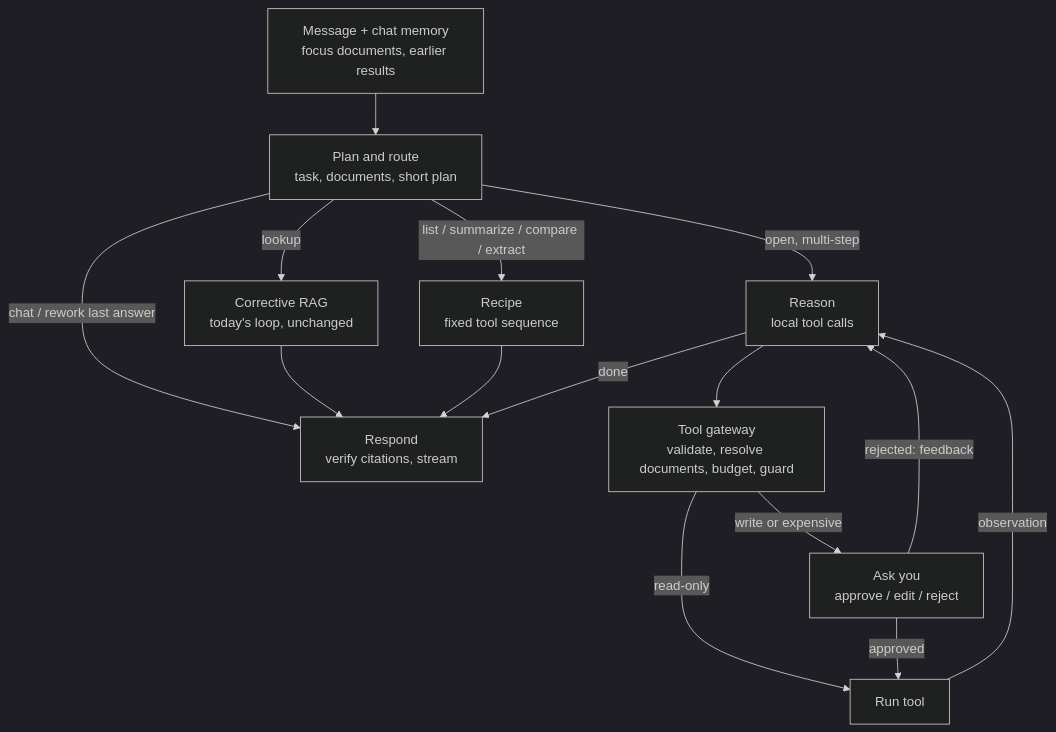
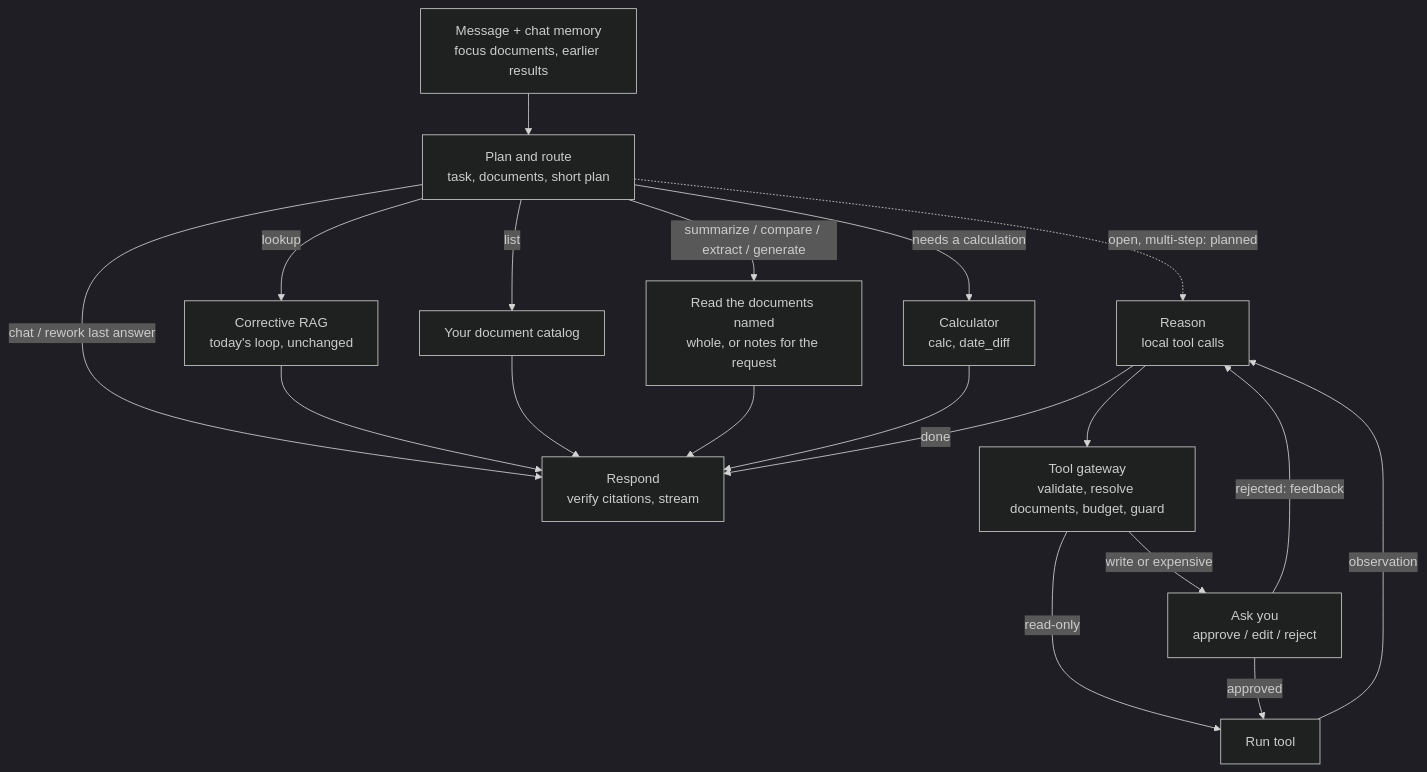
One commit to Dima252/VaultMind changed the third of 3 diagrams in README.md. Above: the diagram before and after it, drawn with Mermaid (dark theme). The commit also changed other lines of this file and 4 other files, not shown here.

````diff
--- a/README.md
+++ b/README.md
@@ -68,15 +68,17 @@
 ```mermaid
 flowchart TD
     Q[Message + chat memory<br/>focus documents, earlier results] --> P[Plan and route<br/>task, documents, short plan]
     P -- chat / rework last answer --> R
     P -- lookup --> L[Corrective RAG<br/>today's loop, unchanged] --> R
-    P -- list / summarize / compare / extract --> C[Recipe<br/>fixed tool sequence] --> R
-    P -- open, multi-step --> T[Reason<br/>local tool calls]
+    P -- list --> K[Your document catalog] --> R
+    P -- summarize / compare / extract / generate --> C[Read the documents named<br/>whole, or notes for the request] --> R
+    P -- needs a calculation --> N[Calculator<br/>calc, date_diff] --> R
+    P -. open, multi-step: planned .-> T[Reason<br/>local tool calls]
     T --> G[Tool gateway<br/>validate, resolve documents, budget, guard]
     G -- read-only --> X[Run tool]
     G -- write or expensive --> H[Ask you<br/>approve / edit / reject]
     H -- approved --> X
     H -- rejected: feedback --> T
     X -- observation --> T
     T -- done --> R[Respond<br/>verify citations, stream]
 ```
````
